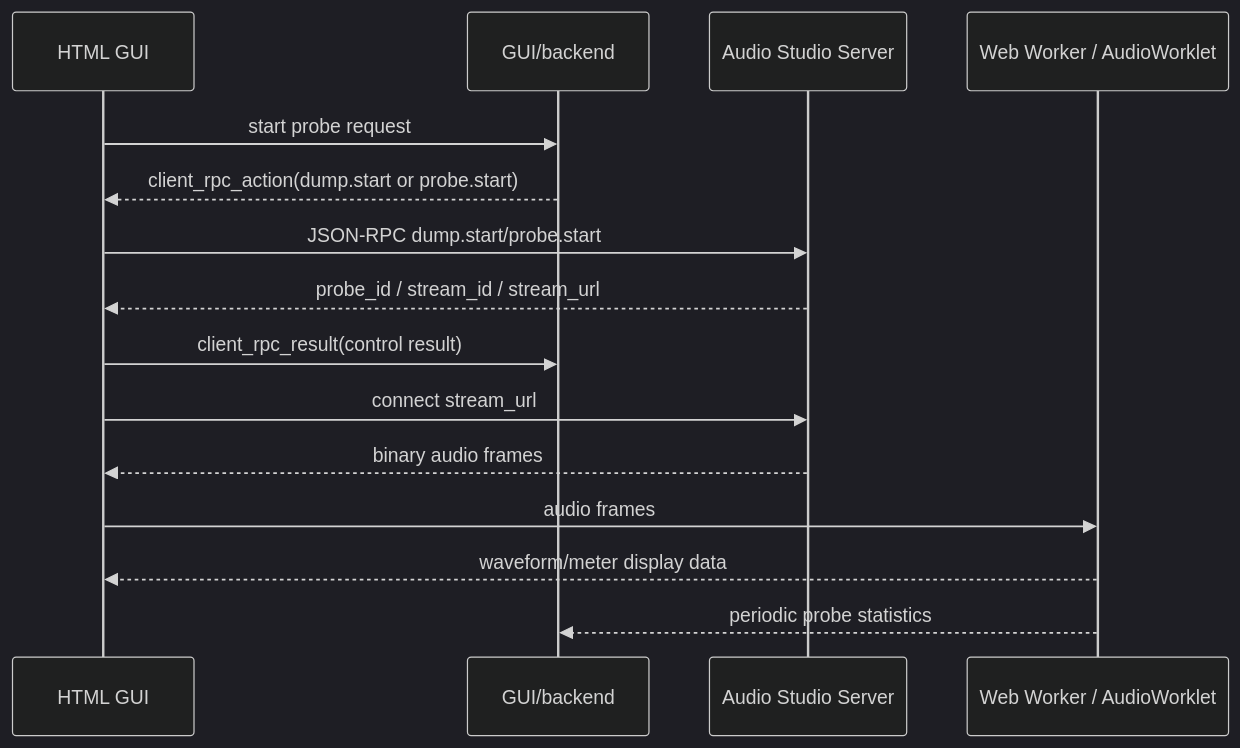
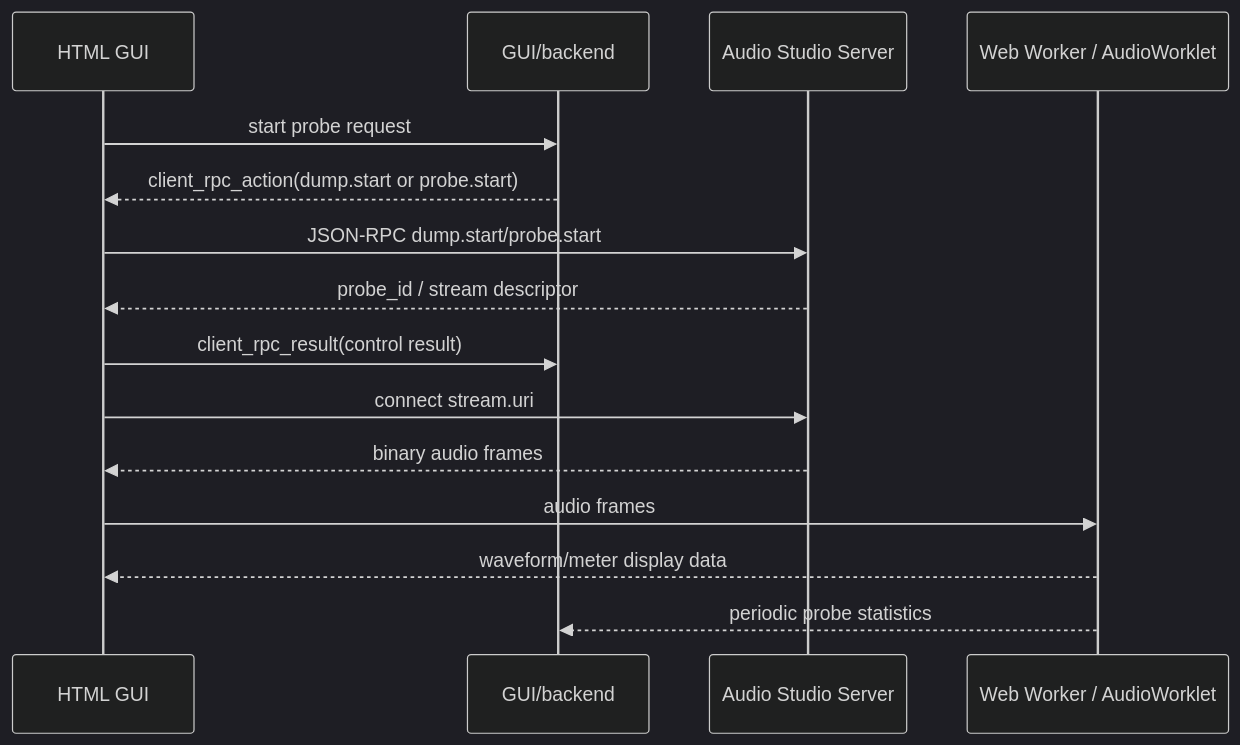
One commit to handsomeleeshu/Audio-Studio changed the third of 15 diagrams in docs/audio_studio_framework_design.md. Above: the diagram before and after it, drawn with Mermaid (dark theme). The commit also changed other lines of this file and 40 other files, not shown here.

Commit message:
Implement RPC audio stream flow

````diff
--- a/docs/audio_studio_framework_design.md
+++ b/docs/audio_studio_framework_design.md
@@ -691,18 +1017,18 @@
 ```mermaid
 sequenceDiagram
     participant GUI as HTML GUI
     participant BE as GUI/backend
     participant AS as Audio Studio Server
     participant Worker as Web Worker / AudioWorklet
 
     GUI->>BE: start probe request
     BE-->>GUI: client_rpc_action(dump.start or probe.start)
     GUI->>AS: JSON-RPC dump.start/probe.start
-    AS-->>GUI: probe_id / stream_id / stream_url
+    AS-->>GUI: probe_id / stream descriptor
     GUI->>BE: client_rpc_result(control result)
-    GUI->>AS: connect stream_url
+    GUI->>AS: connect stream.uri
     AS-->>GUI: binary audio frames
     GUI->>Worker: audio frames
     Worker-->>GUI: waveform/meter display data
     Worker-->>BE: periodic probe statistics
 ```
````
